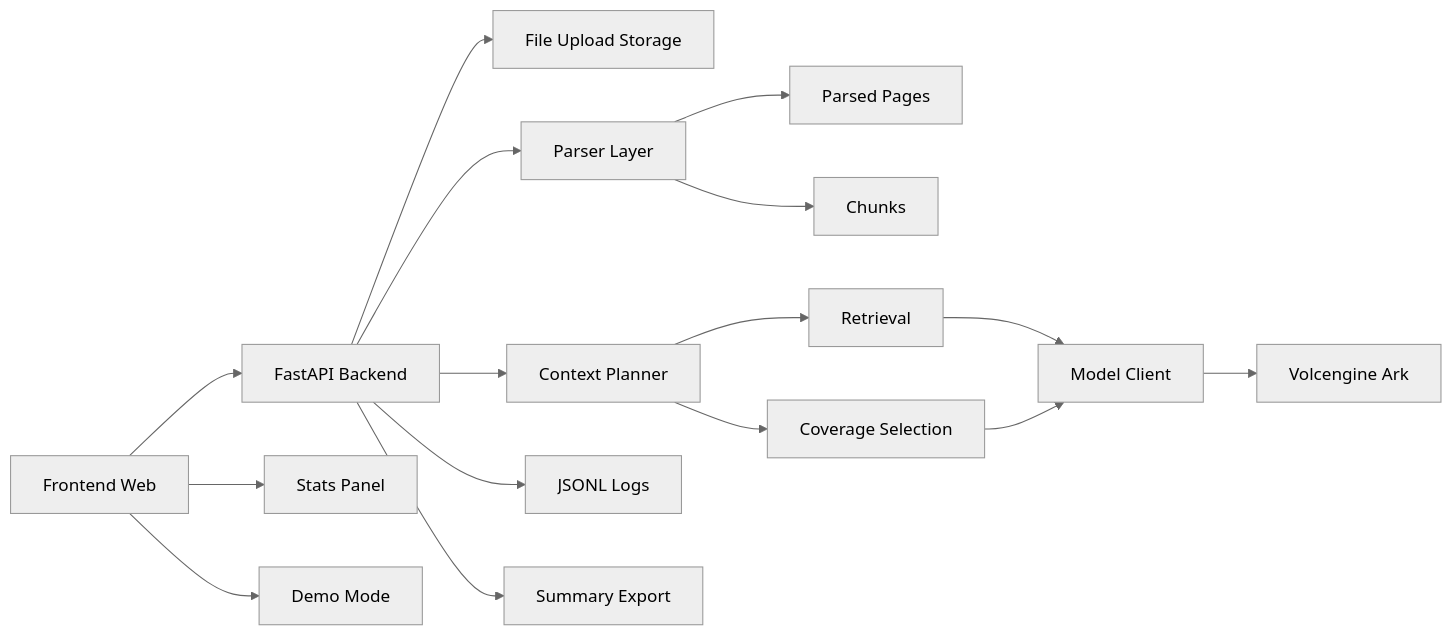
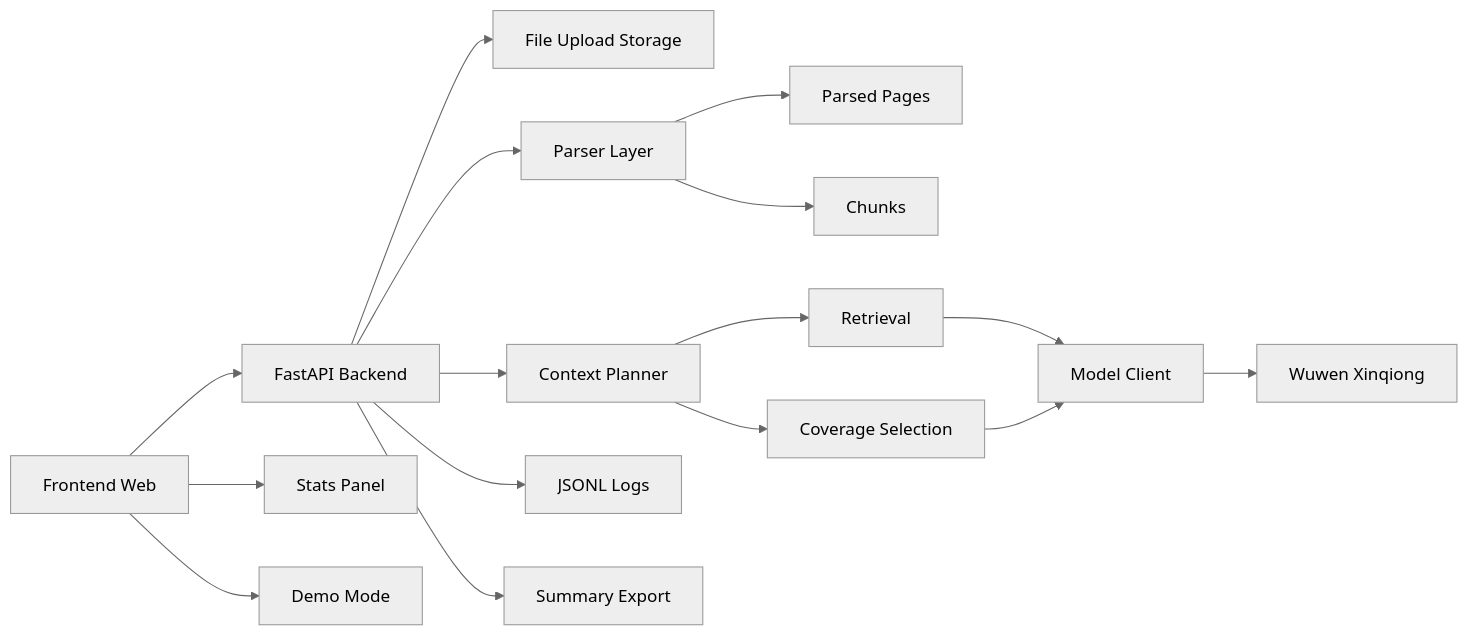
The diagram in evidence/materials/ARCHITECTURE.md (leschgeorge3131996-eng/-), drawn with Mermaid (neutral theme) before and after one commit. The commit also changed other lines of this file and 13 other files, not shown here.

````diff
--- a/evidence/materials/ARCHITECTURE.md
+++ b/evidence/materials/ARCHITECTURE.md
@@ -3,18 +3,18 @@
 ```mermaid
 flowchart LR
     A[Frontend Web] --> B[FastAPI Backend]
     B --> C[File Upload Storage]
     B --> D[Parser Layer]
     D --> E[Parsed Pages]
     D --> F[Chunks]
     B --> G[Context Planner]
     G --> H[Retrieval]
     G --> I[Coverage Selection]
     H --> J[Model Client]
     I --> J
-    J --> K[Volcengine Ark]
+    J --> K[Wuwen Xinqiong]
     B --> L[JSONL Logs]
     B --> M[Summary Export]
     A --> N[Stats Panel]
     A --> O[Demo Mode]
 ```
````
